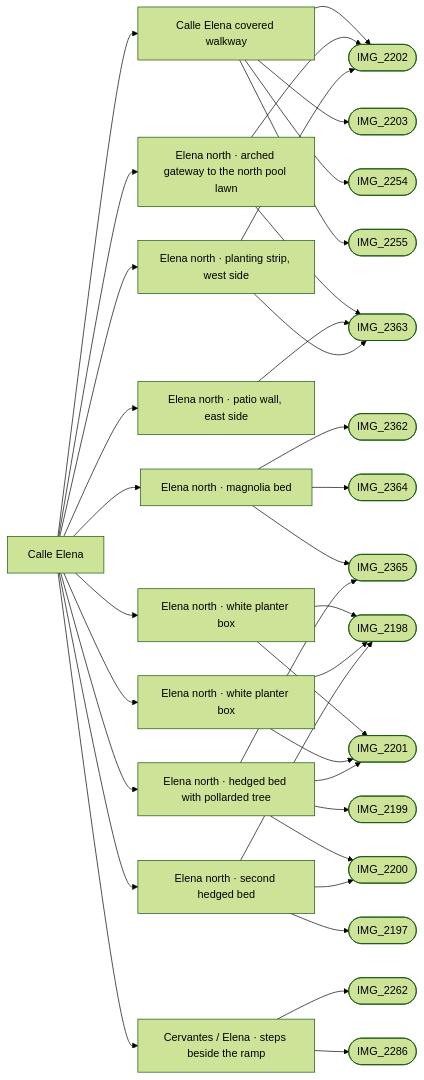
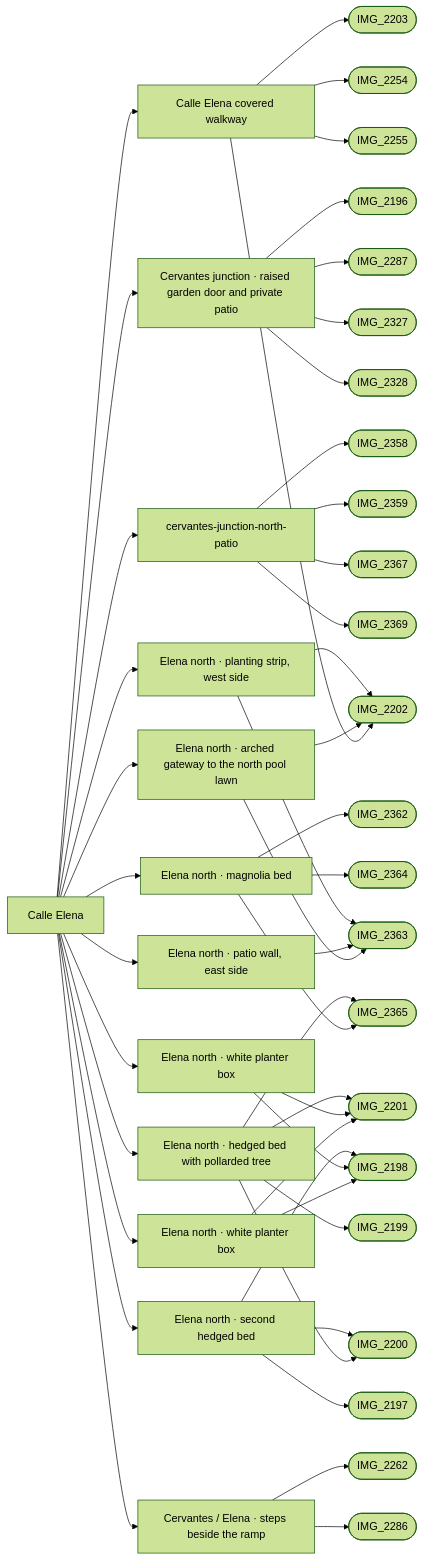
Before and after one commit to daveyboyc/villacana-venture: the diagram in refs/areas/elena.md, drawn with Mermaid (forest theme). The commit also changed other lines of this file and 30 other files, not shown here.

Commit message:
Build Cervantes garden door threshold and raised private patio

````diff
--- a/refs/areas/elena.md
+++ b/refs/areas/elena.md
@@ -48,39 +48,49 @@
 ```mermaid
 graph LR
   A["Calle Elena"]
   A --> F0["Calle Elena covered walkway"]
   F0 --> PIMG_2202_jpg(["IMG_2202"])
   F0 --> PIMG_2203_jpg(["IMG_2203"])
   F0 --> PIMG_2254_jpg(["IMG_2254"])
   F0 --> PIMG_2255_jpg(["IMG_2255"])
-  A --> F1["Elena north · arched gateway to the north pool lawn"]
-  F1 --> PIMG_2202_jpg(["IMG_2202"])
-  F1 --> PIMG_2363_jpg(["IMG_2363"])
-  A --> F2["Elena north · magnolia bed"]
-  F2 --> PIMG_2362_jpg(["IMG_2362"])
-  F2 --> PIMG_2364_jpg(["IMG_2364"])
-  F2 --> PIMG_2365_jpg(["IMG_2365"])
-  A --> F3["Elena north · patio wall, east side"]
+  A --> F1["Cervantes junction · raised garden door and private patio"]
+  F1 --> PIMG_2196_jpg(["IMG_2196"])
+  F1 --> PIMG_2287_jpg(["IMG_2287"])
+  F1 --> PIMG_2327_jpg(["IMG_2327"])
+  F1 --> PIMG_2328_jpg(["IMG_2328"])
+  A --> F2["cervantes-junction-north-patio"]
+  F2 --> PIMG_2358_jpg(["IMG_2358"])
+  F2 --> PIMG_2359_jpg(["IMG_2359"])
+  F2 --> PIMG_2367_jpg(["IMG_2367"])
+  F2 --> PIMG_2369_jpg(["IMG_2369"])
+  A --> F3["Elena north · arched gateway to the north pool lawn"]
+  F3 --> PIMG_2202_jpg(["IMG_2202"])
   F3 --> PIMG_2363_jpg(["IMG_2363"])
-  A --> F4["Elena north · white planter box"]
-  F4 --> PIMG_2198_jpg(["IMG_2198"])
-  F4 --> PIMG_2201_jpg(["IMG_2201"])
-  A --> F5["Elena north · white planter box"]
-  F5 --> PIMG_2198_jpg(["IMG_2198"])
-  F5 --> PIMG_2201_jpg(["IMG_2201"])
-  A --> F6["Elena north · planting strip, west side"]
-  F6 --> PIMG_2202_jpg(["IMG_2202"])
-  F6 --> PIMG_2363_jpg(["IMG_2363"])
-  A --> F7["Elena north · hedged bed with pollarded tree"]
-  F7 --> PIMG_2199_jpg(["IMG_2199"])
-  F7 --> PIMG_2200_jpg(["IMG_2200"])
+  A --> F4["Elena north · magnolia bed"]
+  F4 --> PIMG_2362_jpg(["IMG_2362"])
+  F4 --> PIMG_2364_jpg(["IMG_2364"])
+  F4 --> PIMG_2365_jpg(["IMG_2365"])
+  A --> F5["Elena north · patio wall, east side"]
+  F5 --> PIMG_2363_jpg(["IMG_2363"])
+  A --> F6["Elena north · white planter box"]
+  F6 --> PIMG_2198_jpg(["IMG_2198"])
+  F6 --> PIMG_2201_jpg(["IMG_2201"])
+  A --> F7["Elena north · white planter box"]
+  F7 --> PIMG_2198_jpg(["IMG_2198"])
   F7 --> PIMG_2201_jpg(["IMG_2201"])
-  F7 --> PIMG_2365_jpg(["IMG_2365"])
-  A --> F8["Elena north · second hedged bed"]
-  F8 --> PIMG_2197_jpg(["IMG_2197"])
-  F8 --> PIMG_2198_jpg(["IMG_2198"])
-  F8 --> PIMG_2200_jpg(["IMG_2200"])
-  A --> F9["Cervantes / Elena · steps beside the ramp"]
-  F9 --> PIMG_2262_jpg(["IMG_2262"])
-  F9 --> PIMG_2286_jpg(["IMG_2286"])
+  A --> F8["Elena north · planting strip, west side"]
+  F8 --> PIMG_2202_jpg(["IMG_2202"])
+  F8 --> PIMG_2363_jpg(["IMG_2363"])
+  A --> F9["Elena north · hedged bed with pollarded tree"]
+  F9 --> PIMG_2199_jpg(["IMG_2199"])
+  F9 --> PIMG_2200_jpg(["IMG_2200"])
+  F9 --> PIMG_2201_jpg(["IMG_2201"])
+  F9 --> PIMG_2365_jpg(["IMG_2365"])
+  A --> F10["Elena north · second hedged bed"]
+  F10 --> PIMG_2197_jpg(["IMG_2197"])
+  F10 --> PIMG_2198_jpg(["IMG_2198"])
+  F10 --> PIMG_2200_jpg(["IMG_2200"])
+  A --> F11["Cervantes / Elena · steps beside the ramp"]
+  F11 --> PIMG_2262_jpg(["IMG_2262"])
+  F11 --> PIMG_2286_jpg(["IMG_2286"])
 ```
````
